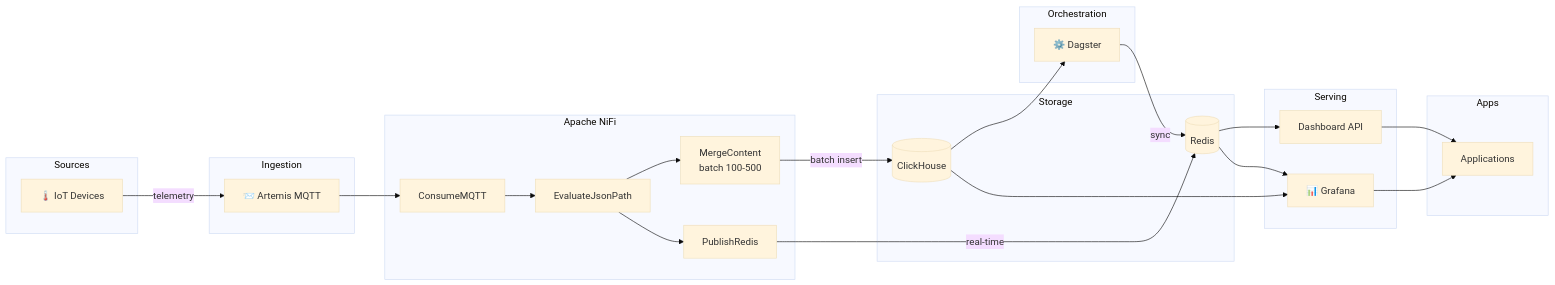
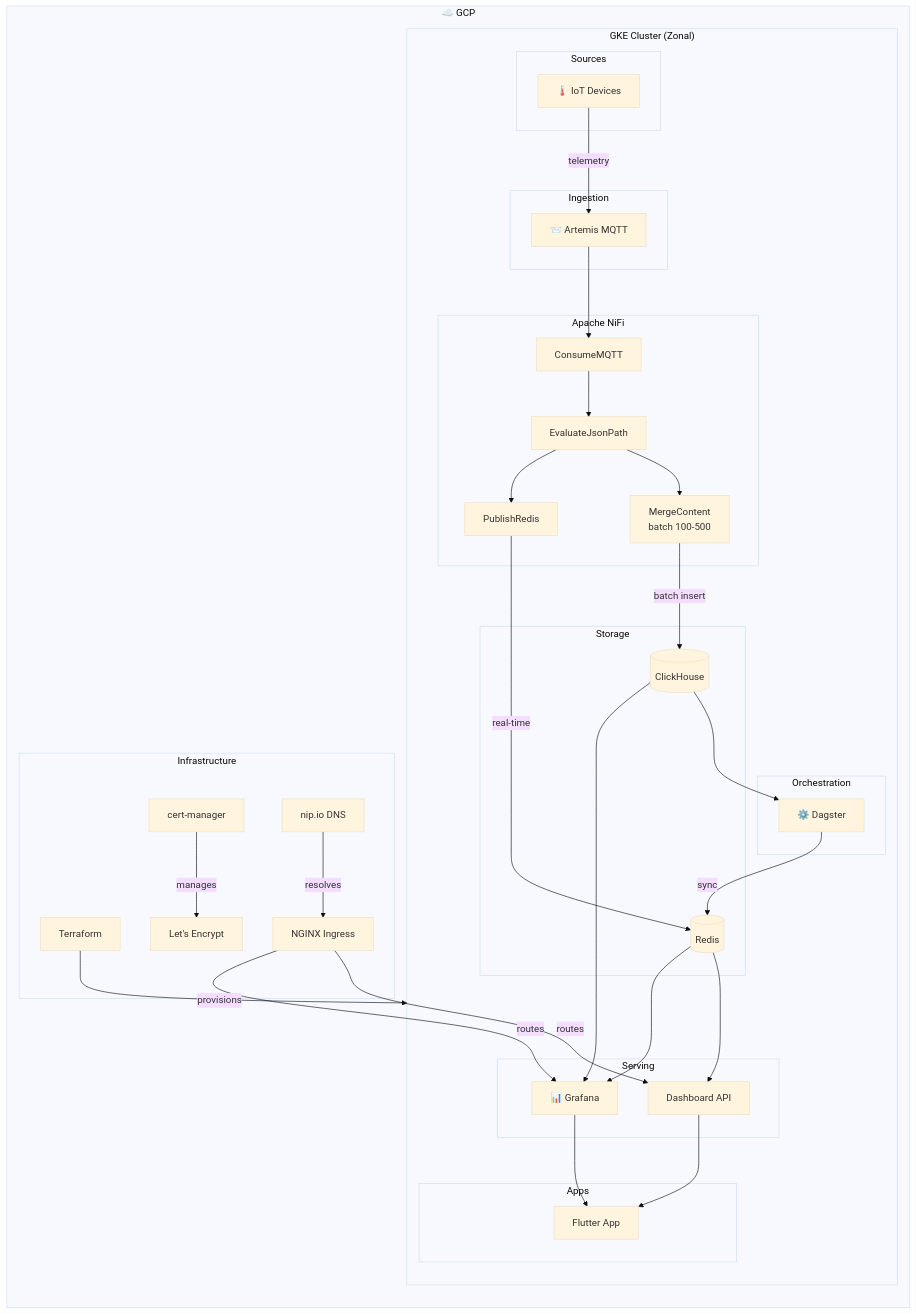
The first of 3 diagrams in docs/ARCHITECTURE.md (rammi-dev/mqtt-artemis), drawn with Mermaid (base theme) before and after one commit. The commit also changed other lines of this file and 20 other files, not shown here.

Commit message:
GKE added with nip.io

````diff
--- a/docs/ARCHITECTURE.md
+++ b/docs/ARCHITECTURE.md
@@ -9,50 +9,68 @@
 ```mermaid
 flowchart LR
-    subgraph Sources
-        IoT[🌡️ IoT Devices]
+    subgraph Cloud ["☁️ GCP"]
+        subgraph GKE ["GKE Cluster (Zonal)"]
+            subgraph Sources
+                IoT[🌡️ IoT Devices]
+            end
+
+            subgraph Ingestion
+                MQTT[📨 Artemis MQTT]
+            end
+
+            subgraph Processing ["Apache NiFi"]
+                Consume[ConsumeMQTT]
+                Eval[EvaluateJsonPath]
+                Merge[MergeContent<br/>batch 100-500]
+                PubRedis[PublishRedis]
+            end
+
+            subgraph Storage
+                CH[(ClickHouse)]
+                Redis[(Redis)]
+            end
+
+            subgraph Orchestration
+                Dagster[⚙️ Dagster]
+            end
+
+            subgraph Serving
+                API[Dashboard API]
+                Grafana[📊 Grafana]
+            end
+
+            subgraph Apps
+                Dashboard[Flutter App]
+            end
+        end
+        
+        subgraph Infra ["Infrastructure"]
+            TF[Terraform]
+            CM[cert-manager]
+            LE[Let's Encrypt]
+            Ingress[NGINX Ingress]
+            NipIO[nip.io DNS]
+        end
     end
 
-    subgraph Ingestion
-        MQTT[📨 Artemis MQTT]
-    end
-
-    subgraph Processing ["Apache NiFi"]
-        Consume[ConsumeMQTT]
-        Eval[EvaluateJsonPath]
-        Merge[MergeContent<br/>batch 100-500]
-        PubRedis[PublishRedis]
-    end
-
-    subgraph Storage
-        CH[(ClickHouse)]
-        Redis[(Redis)]
-    end
-
-    subgraph Orchestration
-        Dagster[⚙️ Dagster]
-    end
-
-    subgraph Serving
-        API[Dashboard API]
-        Grafana[📊 Grafana]
-    end
-
-    subgraph Apps
-        Dashboard[Applications]
-    end
+    TF -->|provisions| GKE
+    CM -->|manages| LE
+    Ingress -->|routes| API
+    Ingress -->|routes| Grafana
+    NipIO -->|resolves| Ingress
 
     IoT -->|telemetry| MQTT
     MQTT --> Consume
     Consume --> Eval
     Eval --> Merge
     Eval --> PubRedis
     Merge -->|batch insert| CH
     PubRedis -->|real-time| Redis
     CH --> Dagster
     Dagster -->|sync| Redis
     Redis --> API
     CH --> Grafana
     Redis --> Grafana
     API --> Dashboard
     Grafana --> Dashboard
 ```
````
